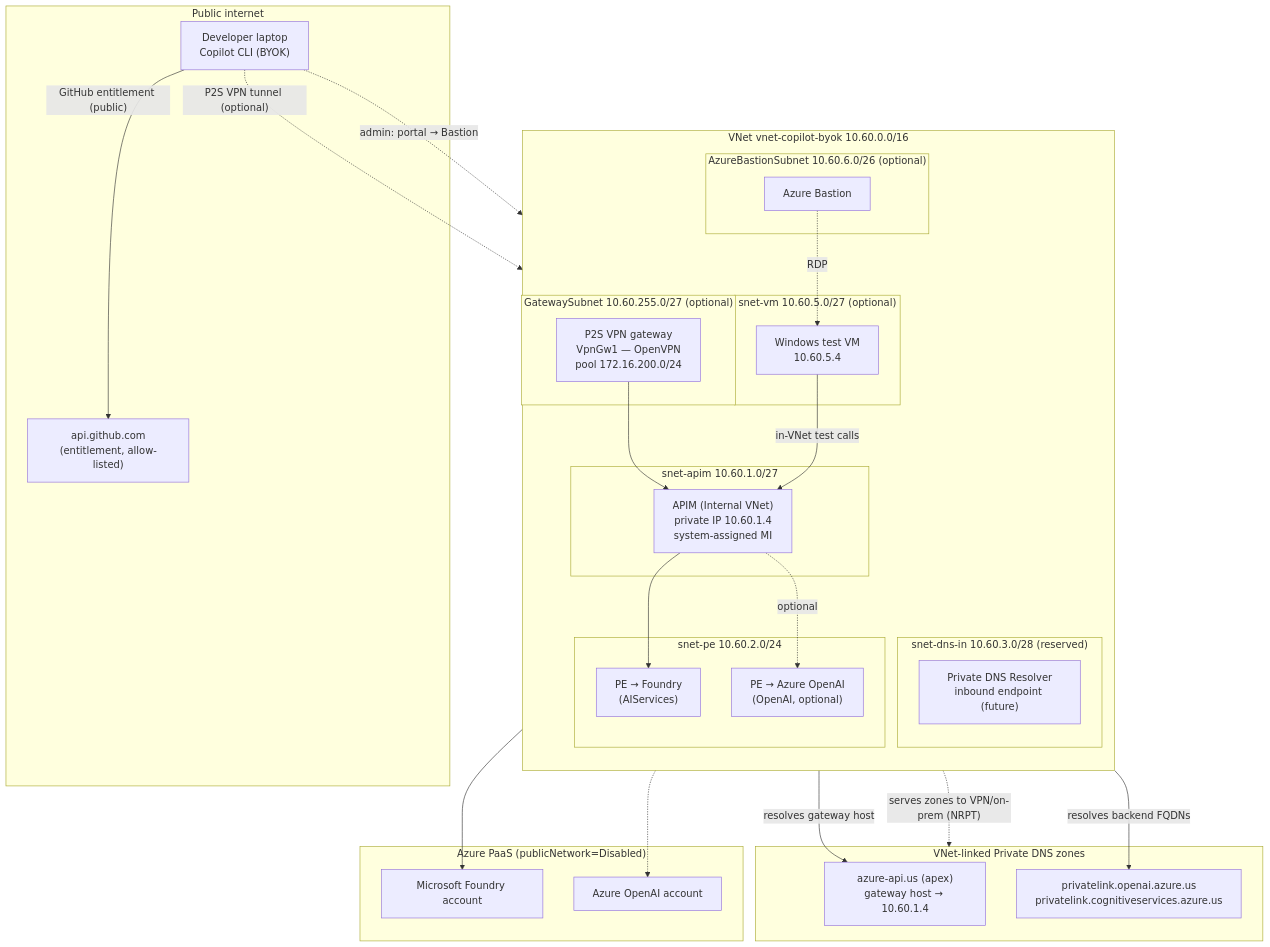
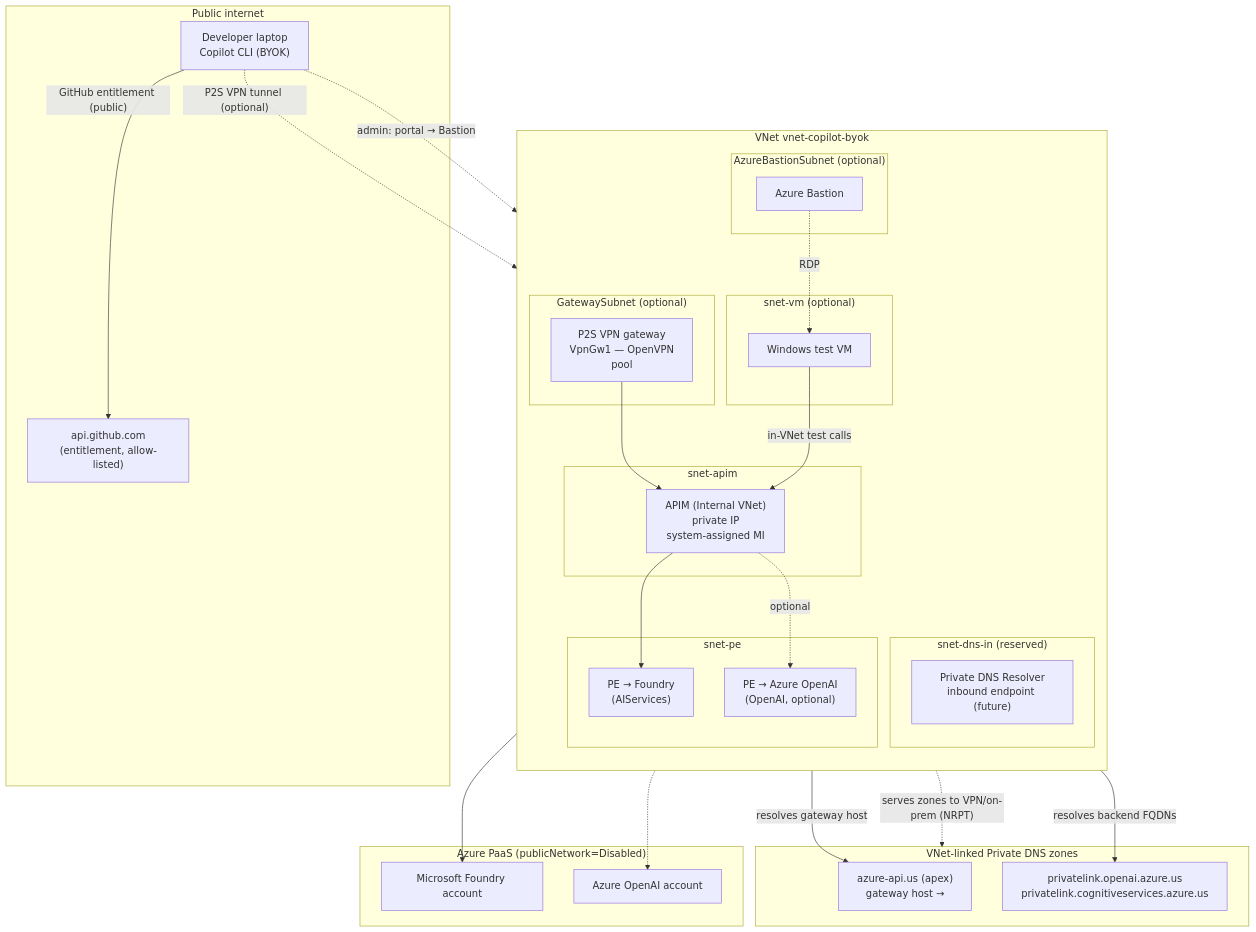
One commit to gwexler-msft/copilot-cli-byok-azure changed diagram 15 of 21 in docs/architecture.md. Above: the diagram before and after it, drawn with Mermaid. The commit also changed other lines of this file and 218 other files, not shown here.

````diff
--- a/docs/architecture.md
+++ b/docs/architecture.md
@@ -1659,59 +1671,59 @@
 ```mermaid
 flowchart TB
     subgraph Internet["Public internet"]
         Laptop["Developer laptop<br/>Copilot CLI (BYOK)"]
         GH["api.github.com<br/>(entitlement, allow-listed)"]
     end
 
-    subgraph VNet["VNet vnet-copilot-byok  10.60.0.0/16"]
+    subgraph VNet["VNet vnet-copilot-byok  <CIDR>"]
         direction TB
 
-        subgraph GwSub["GatewaySubnet 10.60.255.0/27 (optional)"]
-            VPNGW["P2S VPN gateway<br/>VpnGw1 — OpenVPN<br/>pool 172.16.200.0/24"]
+        subgraph GwSub["GatewaySubnet <CIDR> (optional)"]
+            VPNGW["P2S VPN gateway<br/>VpnGw1 — OpenVPN<br/>pool <CIDR>"]
         end
 
-        subgraph ApimSub["snet-apim 10.60.1.0/27"]
-            APIM["APIM (Internal VNet)<br/>private IP 10.60.1.4<br/>system-assigned MI"]
+        subgraph ApimSub["snet-apim <CIDR>"]
+            APIM["APIM (Internal VNet)<br/>private IP <PRIVATE_IP><br/>system-assigned MI"]
         end
 
-        subgraph PeSub["snet-pe 10.60.2.0/24"]
+        subgraph PeSub["snet-pe <CIDR>"]
             PEF["PE → Foundry<br/>(AIServices)"]
             PEA["PE → Azure OpenAI<br/>(OpenAI, optional)"]
         end
 
-        subgraph DnsSub["snet-dns-in 10.60.3.0/28 (reserved)"]
+        subgraph DnsSub["snet-dns-in <CIDR> (reserved)"]
             RESOLVER["Private DNS Resolver<br/>inbound endpoint (future)"]
         end
 
-        subgraph VmSub["snet-vm 10.60.5.0/27 (optional)"]
-            VM["Windows test VM<br/>10.60.5.4"]
+        subgraph VmSub["snet-vm <CIDR> (optional)"]
+            VM["Windows test VM<br/><PRIVATE_IP>"]
         end
 
-        subgraph BastSub["AzureBastionSubnet 10.60.6.0/26 (optional)"]
+        subgraph BastSub["AzureBastionSubnet <CIDR> (optional)"]
             BASTION["Azure Bastion"]
         end
     end
 
     subgraph DNS["VNet-linked Private DNS zones"]
-        ZAPIM["azure-api.us (apex)<br/>gateway host → 10.60.1.4"]
+        ZAPIM["azure-api.us (apex)<br/>gateway host → <PRIVATE_IP>"]
         ZOAI["privatelink.openai.azure.us<br/>privatelink.cognitiveservices.azure.us"]
     end
 
     subgraph PaaS["Azure PaaS (publicNetwork=Disabled)"]
         FOUNDRY["Microsoft Foundry account"]
         AOAI["Azure OpenAI account"]
     end
 
     Laptop -. "P2S VPN tunnel (optional)" .-> VPNGW
     Laptop -- "GitHub entitlement (public)" --> GH
     VPNGW --> APIM
     Laptop -. "admin: portal → Bastion" .-> BASTION
     BASTION -. RDP .-> VM
     VM -- "in-VNet test calls" --> APIM
 
     APIM -- "resolves gateway host" --> ZAPIM
     APIM -- "resolves backend FQDNs" --> ZOAI
     APIM --> PEF --> FOUNDRY
     APIM -. optional .-> PEA -.-> AOAI
     RESOLVER -. "serves zones to VPN/on-prem (NRPT)" .-> DNS
 ```
````
